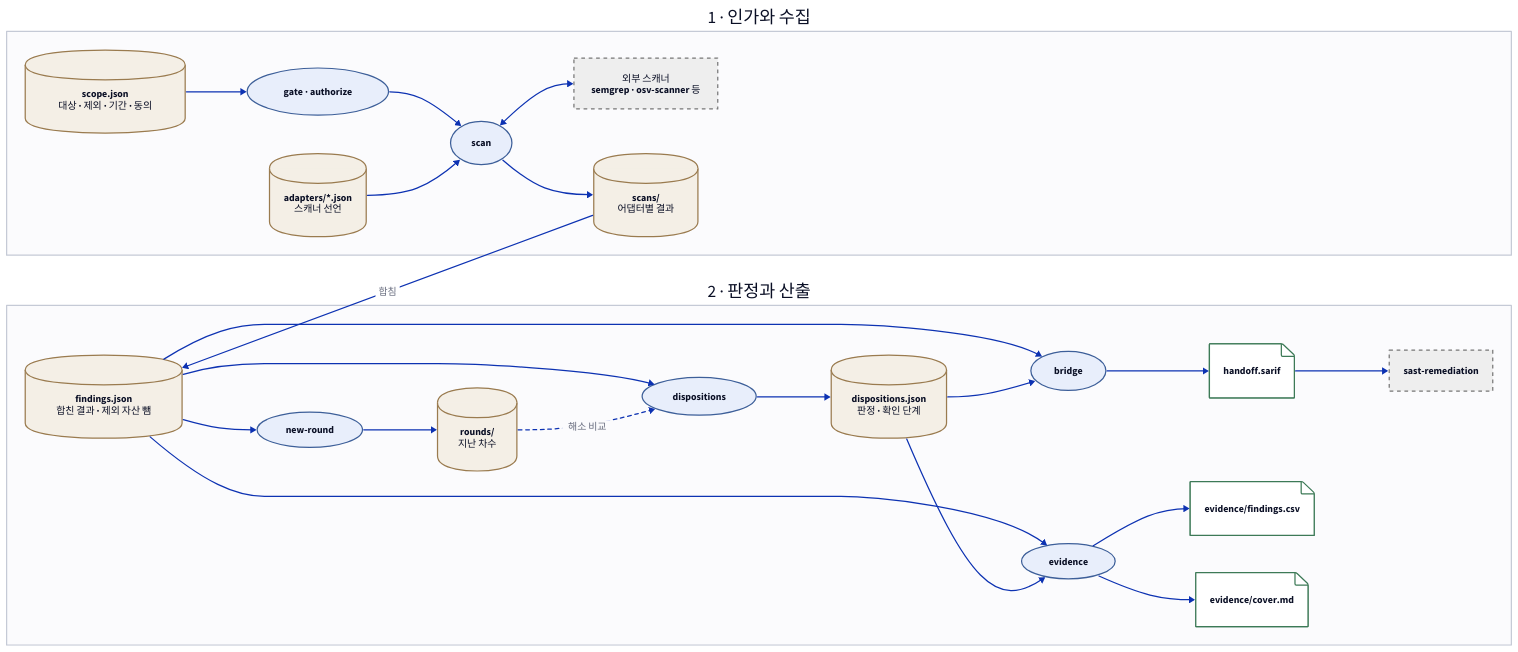
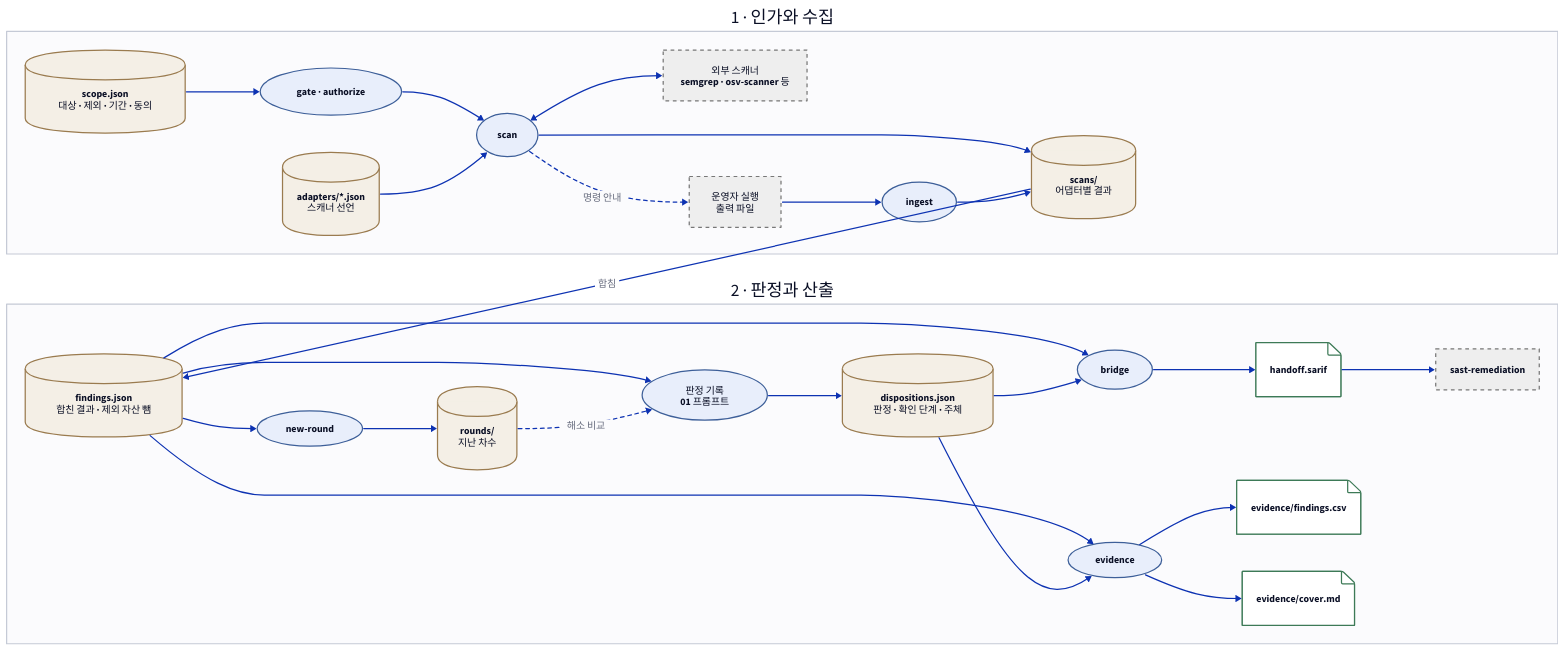
The diagram in skills/security-assessment/toolkit/docs/diagrams/architecture.d2 (seo0tak/agent-skills), drawn with D2 before and after one commit. The commit also changed 32 other files, not shown here.

```diff
--- a/skills/security-assessment/toolkit/docs/diagrams/architecture.d2
+++ b/skills/security-assessment/toolkit/docs/diagrams/architecture.d2
@@ -1,50 +1,54 @@
 # security-assessment 구조도. 고친 뒤 저장소 루트에서 python3 scripts/render_diagrams.py
 grid-rows: 2
 grid-gap: 40
 classes: {
   store: {shape: cylinder; style: {fill: "#f4efe6"; stroke: "#9a7b4f"}}
   proc: {shape: oval; style: {fill: "#e8eefb"; stroke: "#3d5f99"}}
   ext: {style: {fill: "#eeeeee"; stroke: "#777777"; stroke-dash: 3}}
   out: {shape: page; style: {fill: "#ffffff"; stroke: "#3d7a57"}}
   stage: {style: {fill: "#fbfbfd"; stroke: "#c5cad6"}}
 }
 collect: "1 · 인가와 수집" {
   class: stage
   direction: right
   scope: "scope.json\n대상 · 제외 · 기간 · 동의" {class: store}
   adapters: "adapters/*.json\n스캐너 선언" {class: store}
   gate: "gate · authorize" {class: proc}
   scan: "scan" {class: proc}
   ext: "외부 스캐너\nsemgrep · osv-scanner 등" {class: ext}
   scans: "scans/\n어댑터별 결과" {class: store}
+  operator: "운영자 실행\n출력 파일" {class: ext}
+  ingest: "ingest" {class: proc}
   scope -> gate -> scan
   adapters -> scan
   scan <-> ext
   scan -> scans
+  scan -> operator: "명령 안내" {style.stroke-dash: 3}
+  operator -> ingest -> scans
 }
 judge: "2 · 판정과 산출" {
   class: stage
   direction: right
   findings: "findings.json\n합친 결과 · 제외 자산 뺌" {class: store}
   round: "new-round" {class: proc}
   rounds: "rounds/\n지난 차수" {class: store}
-  dispositions: "dispositions" {class: proc}
-  disp: "dispositions.json\n판정 · 확인 단계" {class: store}
+  dispositions: "판정 기록\n01 프롬프트" {class: proc}
+  disp: "dispositions.json\n판정 · 확인 단계 · 주체" {class: store}
   bridge: "bridge" {class: proc}
   ev: "evidence" {class: proc}
   sarif: "handoff.sarif" {class: out}
   csv: "evidence/findings.csv" {class: out}
   cover: "evidence/cover.md" {class: out}
   sr: "sast-remediation" {class: ext}
   sarif -> sr
   findings -> round -> rounds
   findings -> dispositions -> disp
   rounds -> dispositions: "해소 비교" {style.stroke-dash: 3}
   findings -> bridge
   disp -> bridge -> sarif
   findings -> ev
   disp -> ev
   ev -> csv
   ev -> cover
 }
 collect.scans -> judge.findings: "합침"
```
